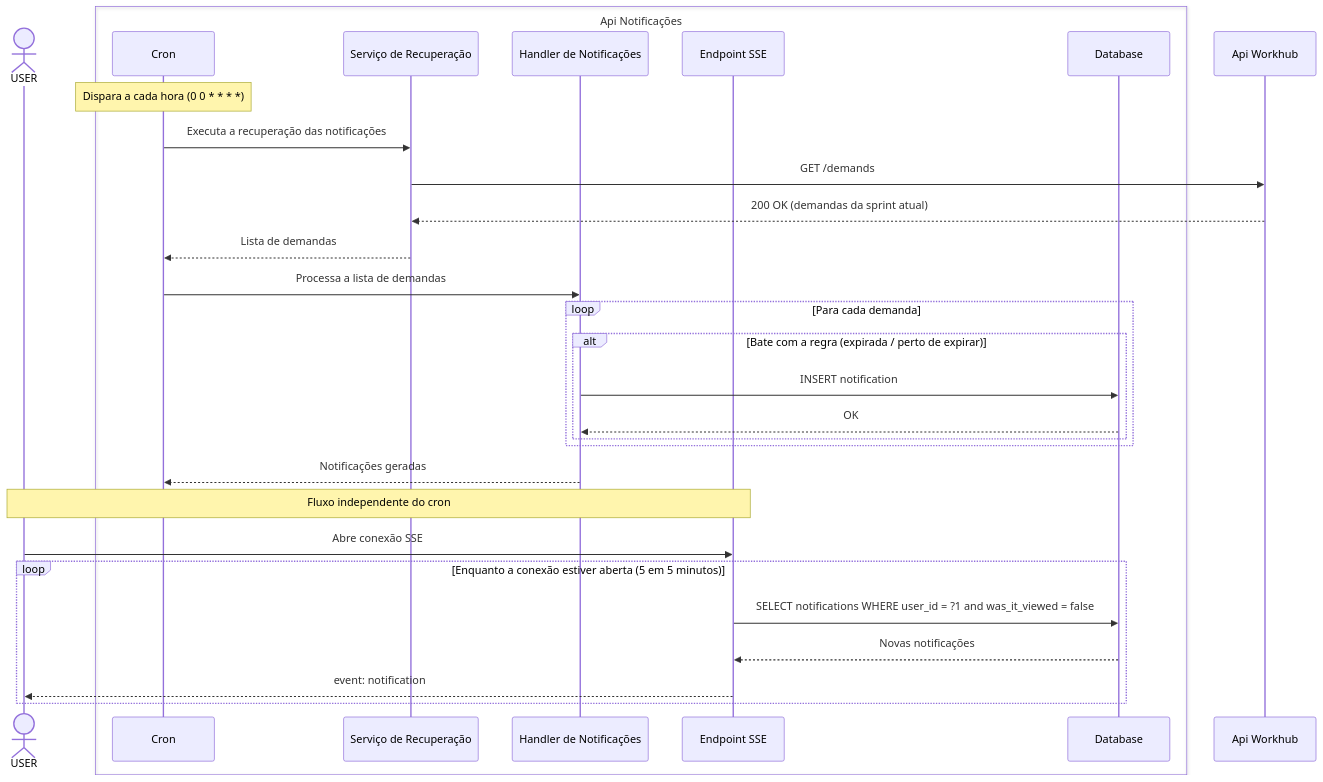
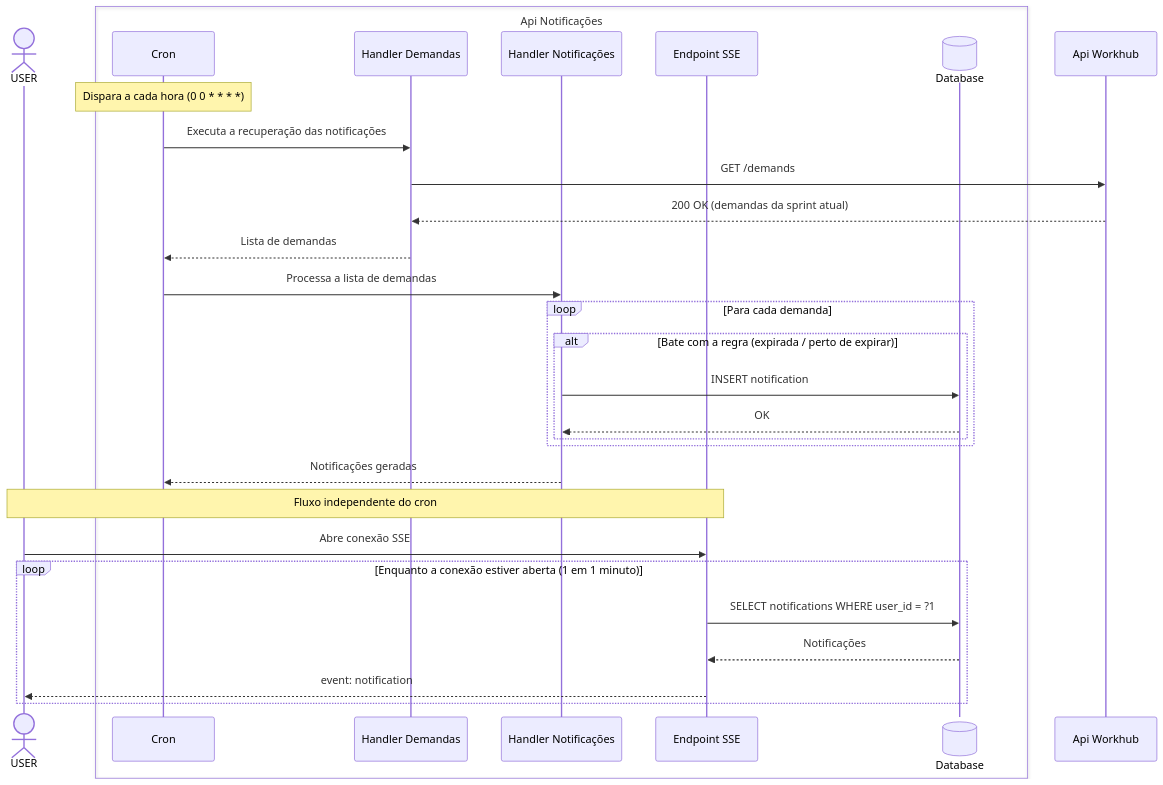
One commit to AndrewGPFranco/notifications-api changed the diagram in docs/cron-handle-notifications.mermaid. Above: the diagram before and after it, drawn with Mermaid.

Commit message:
docs: atualizando diagrama de sequência

```diff
--- a/docs/cron-handle-notifications.mermaid
+++ b/docs/cron-handle-notifications.mermaid
@@ -1,31 +1,31 @@
 sequenceDiagram
     actor USER
 
     box Api Notificações
         participant CRON as Cron
-        participant REC as Serviço de Recuperação
-        participant HAN as Handler de Notificações
+        participant REC as Handler Demandas
+        participant HAN as Handler Notificações
         participant SSE as Endpoint SSE
-        participant DB as Database
+        participant DB@{ "type": "database" } as Database
     end
     participant W as Api Workhub
     Note over CRON: Dispara a cada hora (0 0 * * * *)
     CRON ->> REC: Executa a recuperação das notificações
     REC ->> W: GET /demands
     W -->> REC: 200 OK (demandas da sprint atual)
     REC -->> CRON: Lista de demandas
     CRON ->> HAN: Processa a lista de demandas
     loop Para cada demanda
         alt Bate com a regra (expirada / perto de expirar)
             HAN ->> DB: INSERT notification
             DB -->> HAN: OK
         end
     end
     HAN -->> CRON: Notificações geradas
     Note over USER, SSE: Fluxo independente do cron
     USER ->> SSE: Abre conexão SSE
-    loop Enquanto a conexão estiver aberta (5 em 5 minutos)
-        SSE ->> DB: SELECT notifications WHERE user_id = ?1 and was_it_viewed = false
-        DB -->> SSE: Novas notificações
+    loop Enquanto a conexão estiver aberta (1 em 1 minuto)
+        SSE ->> DB: SELECT notifications WHERE user_id = ?1
+        DB -->> SSE: Notificações
         SSE -->> USER: event: notification
     end
```
